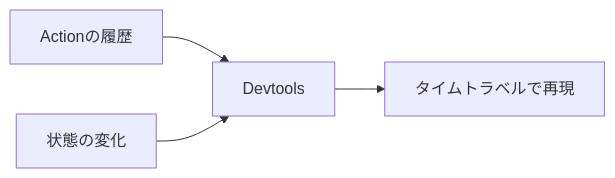
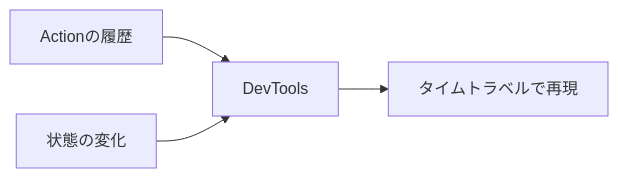
The diagram in books/ngrx-textbook/15-router-store-devtools-meta-reducer.md (nagahara-naoki/zenn), drawn with Mermaid before and after one commit. The commit also changed other lines of this file, not shown here.

Commit message:
Router Store・DevTools・Meta-Reducer

````diff
--- a/books/ngrx-textbook/15-router-store-devtools-meta-reducer.md
+++ b/books/ngrx-textbook/15-router-store-devtools-meta-reducer.md
@@ -66,6 +66,6 @@
 ```mermaid
 flowchart LR
-  A["Actionの履歴"] --> D["Devtools"]
+  A["Actionの履歴"] --> D["DevTools"]
   S["状態の変化"] --> D
   D --> T["タイムトラベルで再現"]
 ```
````
